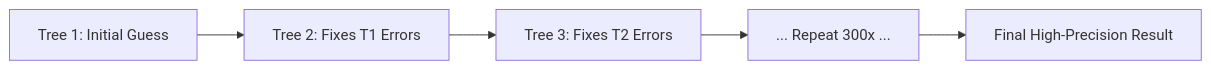
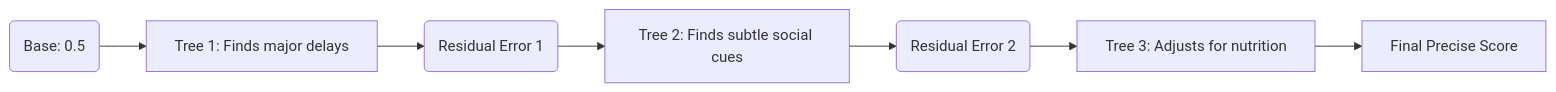
Before and after one commit to ShaikSameerShubhan0089/RISE: the third of 3 diagrams in model_kt.md, drawn with Mermaid. The commit also changed other lines of this file, not shown here.

````diff
--- a/model_kt.md
+++ b/model_kt.md
@@ -76,7 +69,9 @@
 ```mermaid
 graph LR
-    A[Tree 1: Initial Guess] --> B[Tree 2: Fixes T1 Errors]
-    B --> C[Tree 3: Fixes T2 Errors]
-    C --> D[... Repeat 300x ...]
-    D --> E[Final High-Precision Result]
+    Start(Base: 0.5) --> T1[Tree 1: Finds major delays]
+    T1 --> R1(Residual Error 1)
+    R1 --> T2[Tree 2: Finds subtle social cues]
+    T2 --> R2(Residual Error 2)
+    R2 --> T3[Tree 3: Adjusts for nutrition]
+    T3 --> Final[Final Precise Score]
 ```
````
